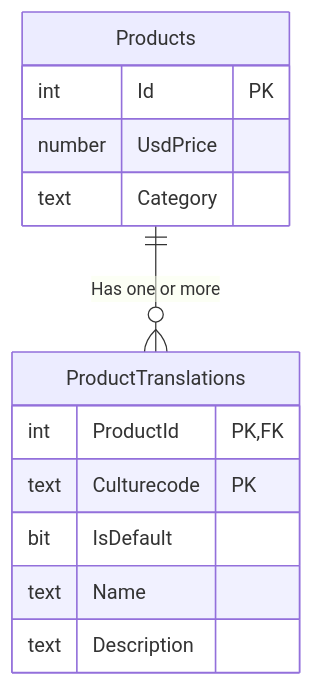
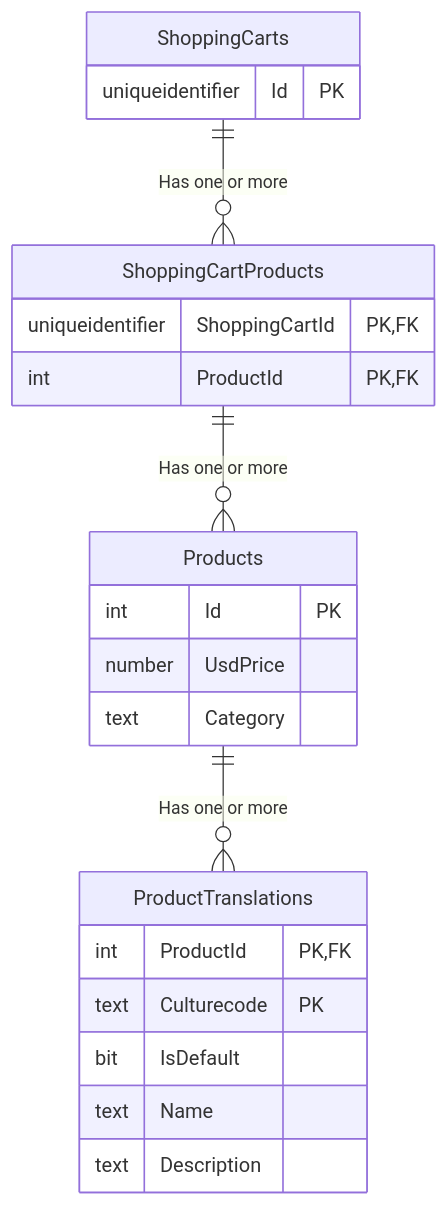
One commit to bastienguillon/localization-demo changed the first of 2 diagrams in README.md. Above: the diagram before and after it, drawn with Mermaid.

Commit message:
add shopping carts to diagram

````diff
--- a/README.md
+++ b/README.md
@@ -7,18 +7,30 @@
 ```mermaid
 erDiagram
     Products {
         int Id PK
         number UsdPrice
         text Category
     }
 
     ProductTranslations {
         int ProductId PK,FK
         text Culturecode PK
         bit IsDefault
         text Name
         text Description 
     }
 
     Products ||--o{ ProductTranslations : "Has one or more"
+
+    ShoppingCarts {
+        uniqueidentifier Id PK
+    }
+
+    ShoppingCartProducts {
+        uniqueidentifier ShoppingCartId PK,FK
+        int ProductId PK,FK
+    }
+
+    ShoppingCarts ||--o{ ShoppingCartProducts : "Has one or more"
+    ShoppingCartProducts ||--o{ Products : "Has one or more"
 ```
````
